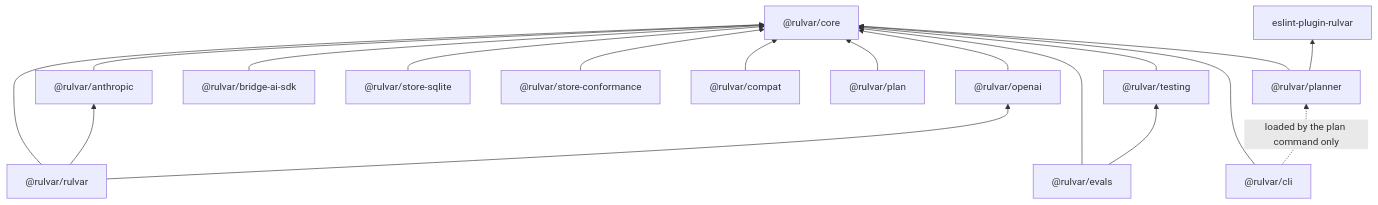
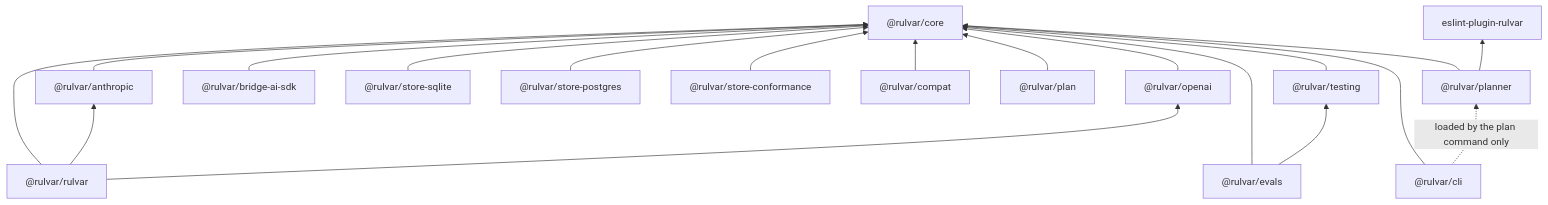
One commit to o-stepper/rulvar changed the second of 2 diagrams in docs/guide/architecture.md. Above: the diagram before and after it, drawn with Mermaid. The commit also changed other lines of this file and 29 other files, not shown here.

First line of the commit message:
Ship RV-214: the official PostgreSQL store (@rulvar/store-postgres) with fencing epochs over per-run advisory locks (#329)

````diff
--- a/docs/guide/architecture.md
+++ b/docs/guide/architecture.md
@@ -197,21 +198,22 @@
 ```mermaid
 flowchart BT
     core["@rulvar/core"]
     umbrella["@rulvar/rulvar"] --> core
     umbrella --> anthropic["@rulvar/anthropic"]
     umbrella --> openai["@rulvar/openai"]
     anthropic --> core
     openai --> core
     bridge["@rulvar/bridge-ai-sdk"] --> core
     sqlite["@rulvar/store-sqlite"] --> core
+    postgres["@rulvar/store-postgres"] --> core
     conform["@rulvar/store-conformance"] --> core
     compat["@rulvar/compat"] --> core
     plan["@rulvar/plan"] --> core
     planner["@rulvar/planner"] --> core
     planner --> eslint["eslint-plugin-rulvar"]
     testing["@rulvar/testing"] --> core
     evals["@rulvar/evals"] --> core
     evals --> testing
     cli["@rulvar/cli"] --> core
     cli -. loaded by the plan command only .-> planner
 ```
````
